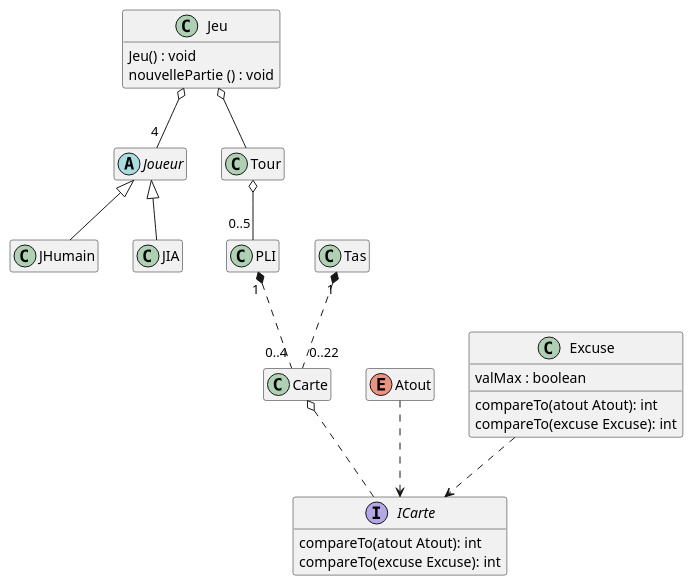
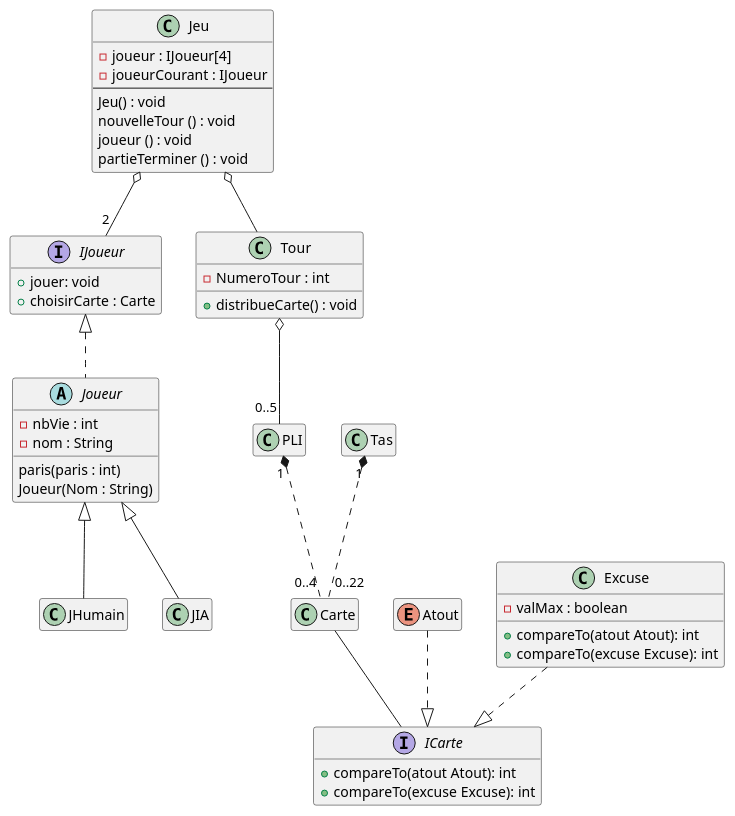
Before and after one commit to BenjaminC62/Tarot-Africain: the diagram in TarotAfricain.puml, drawn with PlantUML. The commit also changed 1 other file, not shown here.

Commit message:
update UML diagram

```diff
--- a/TarotAfricain.puml
+++ b/TarotAfricain.puml
@@ -1,73 +1,86 @@
 @startuml
 
 'pour cacher les attributs dans les diff class'
 hide empty members
 
 abstract class Joueur {
-
+    -nbVie : int
+    -nom : String
+    paris(paris : int)
+    Joueur(Nom : String)
 }
 
 class Carte {
 
 }
 
 class Jeu {
+    -joueur : IJoueur[4]
+    -joueurCourant : IJoueur
+    --
     Jeu() : void
-    nouvellePartie () : void
-    
+    nouvelleTour () : void
+    joueur () : void
+    partieTerminer () : void
+}
+
+interface IJoueur {
+    +jouer: void
+    +choisirCarte : Carte
 }
 
 class PLI {
 
 }
 
 class Tas {
 
 }
 
 class Tour {
-
+    -NumeroTour : int
+    +distribueCarte() : void
 }
 
 enum Atout {
 
 }
 
 class JHumain {
 
 }
 
 class JIA {
 
 }
 
 class Excuse {
-    valMax : boolean
-    compareTo(atout Atout): int
-    compareTo(excuse Excuse): int
+    -valMax : boolean
+    +compareTo(atout Atout): int
+    +compareTo(excuse Excuse): int
 }
 
 interface ICarte {
-
-    compareTo(atout Atout): int
-    compareTo(excuse Excuse): int
+    +compareTo(atout Atout): int
+    +compareTo(excuse Excuse): int
 
 }
 
 
 PLI "1" *.. "0..4" Carte
 Tas "1" *.. "0..22" Carte
 
 Joueur <|-- JHumain
 Joueur <|-- JIA
 
 Tour o-- "0..5" PLI
-Jeu o-- "4" Joueur
 Jeu o-- Tour
 
-Atout ..> ICarte
-Excuse ..> ICarte
-Carte o.. ICarte
+Atout ..|> ICarte
+Excuse ..|> ICarte
+Carte -- ICarte
 
+Jeu o-- "2" IJoueur
+IJoueur <|.. Joueur
 
 @enduml
```
